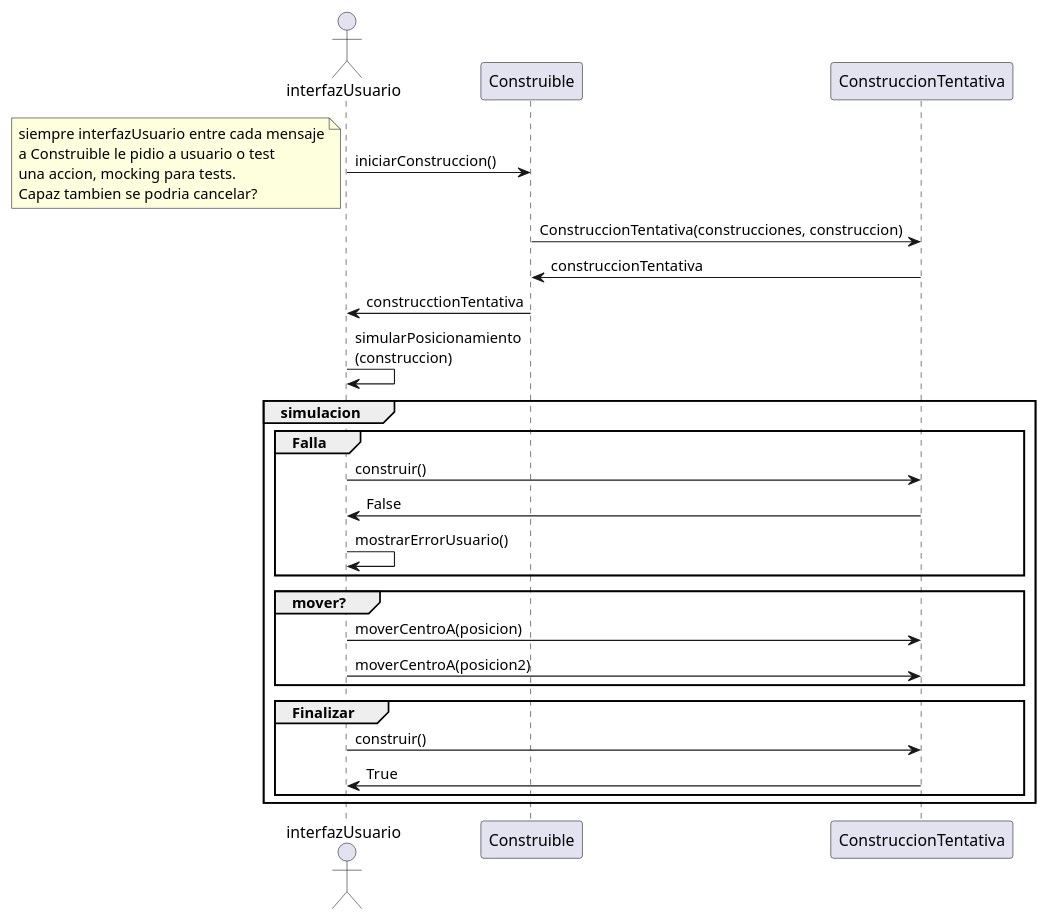
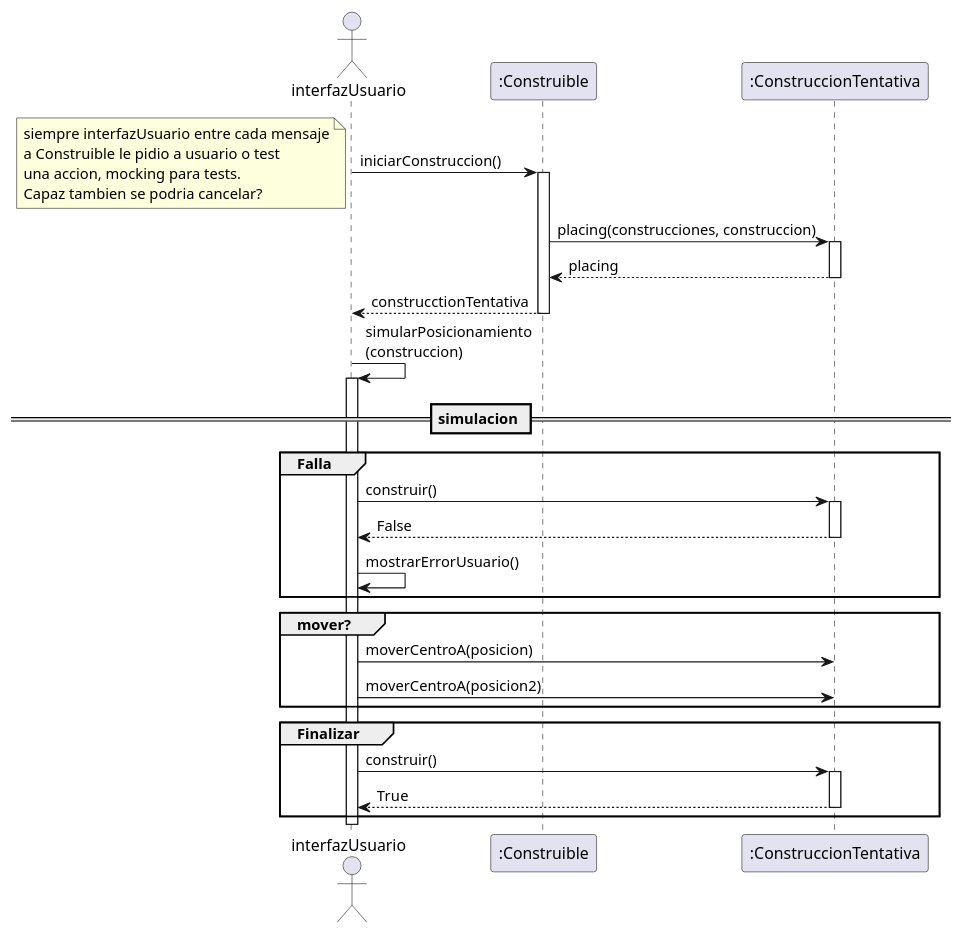
Before and after one commit to MarceloAgustinOrigoniGuillaume/Algo3_TP2_1C2023: the diagram in diagrams/sequences/prototipoMarcelo/faseConstruccion/accionarDeConstruible.puml, drawn with PlantUML. The commit also changed 6 other files, not shown here.

First line of the commit message:
haciendo mejor los diagramas

```diff
--- a/diagrams/sequences/prototipoMarcelo/faseConstruccion/accionarDeConstruible.puml
+++ b/diagrams/sequences/prototipoMarcelo/faseConstruccion/accionarDeConstruible.puml
@@ -1,42 +1,60 @@
 @startuml
 
 Actor interfazUsuario as sis
 
+participant ":Construible" as Construible
+participant ":ConstruccionTentativa" as placing
+
+
+
+
 sis-> Construible: iniciarConstruccion()
+activate Construible
 
 note left
 siempre interfazUsuario entre cada mensaje
 a Construible le pidio a usuario o test
 una accion, mocking para tests.
 Capaz tambien se podria cancelar?
 end note
 
-Construible -> ConstruccionTentativa: ConstruccionTentativa(construcciones, construccion)
-ConstruccionTentativa->  Construible: construccionTentativa
 
-Construible-> sis:construcctionTentativa
+Construible -> placing: placing(construcciones, construccion)
+activate placing
+placing-->  Construible: placing
+deactivate placing
+
+Construible--> sis:construcctionTentativa
+deactivate Construible
+
 
 sis->sis: simularPosicionamiento\n(construccion)
-
-group simulacion
+activate sis
+== simulacion == 
 group Falla
 
-sis -> ConstruccionTentativa: construir()
-ConstruccionTentativa-> sis: False
+
+sis -> placing: construir()
+activate placing
+placing--> sis: False
+deactivate placing
 sis-> sis : mostrarErrorUsuario()
 end group
 
 
 group mover?
-sis -> ConstruccionTentativa : moverCentroA(posicion)
-sis -> ConstruccionTentativa : moverCentroA(posicion2)
+sis -> placing : moverCentroA(posicion)
+sis -> placing : moverCentroA(posicion2)
 end group
 
 group Finalizar
-sis -> ConstruccionTentativa: construir()
-ConstruccionTentativa-> sis: True
-end group
+sis -> placing: construir()
+activate placing
+placing--> sis: True
+deactivate placing
 end group
 
 
+deactivate sis
+
 @enduml
```
